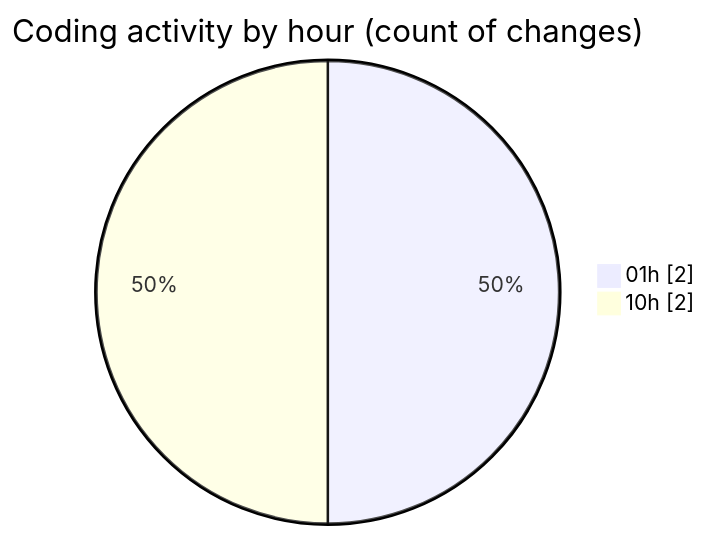
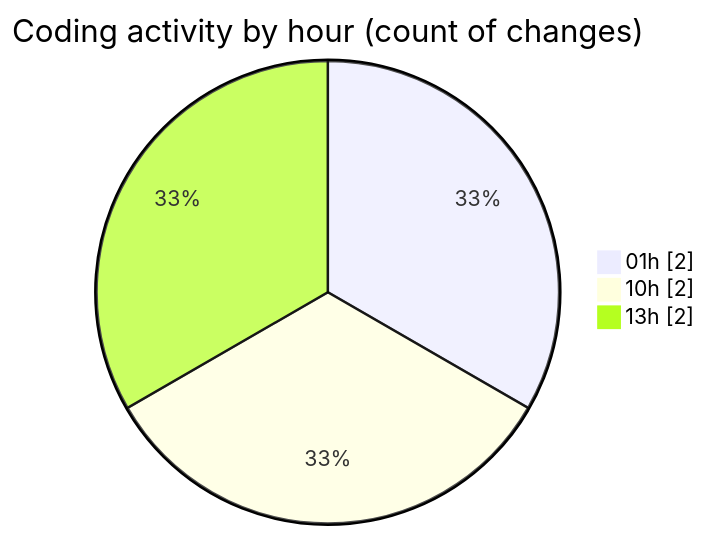
One commit to julien-gomy/code-tracking changed the second of 2 diagrams in 2025-10-17/eventscop-api-guide__workspace_/README.md. Above: the diagram before and after it, drawn with Mermaid. The commit also changed other lines of this file and 1 other file, not shown here.

````diff
--- a/2025-10-17/eventscop-api-guide__workspace_/README.md
+++ b/2025-10-17/eventscop-api-guide__workspace_/README.md
@@ -29,6 +30,7 @@
 ```mermaid
 pie showData
 title Coding activity by hour (count of changes)
 "01h" : 2
 "10h" : 2
+"13h" : 2
 ```
````
